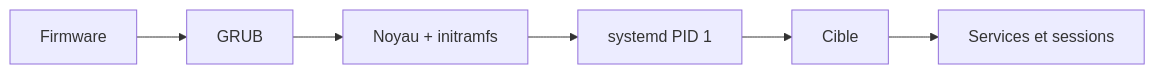
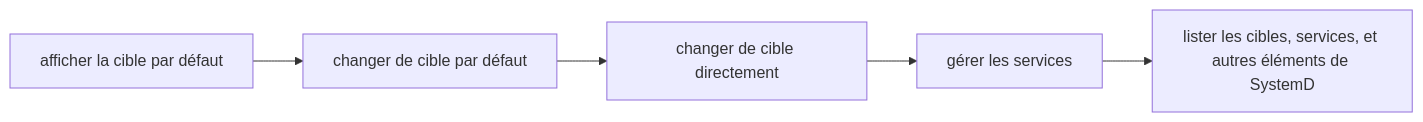
One commit to sk34pk25/tssr-cours changed the fourth of 5 diagrams in docs/modules/05-administration-debian-gnu-linux/module-03-demarrage-d-une-distribution-debian.md. Above: the diagram before and after it, drawn with Mermaid. The commit also changed other lines of this file and 11 other files, not shown here.

````diff
--- a/docs/modules/05-administration-debian-gnu-linux/module-03-demarrage-d-une-distribution-debian.md
+++ b/docs/modules/05-administration-debian-gnu-linux/module-03-demarrage-d-une-distribution-debian.md
@@ -110,5 +300,12 @@
 ```mermaid
 flowchart LR
- F["Firmware"] --> G["GRUB"] --> K["Noyau + initramfs"] --> S["systemd PID 1"]
- S --> C["Cible"] --> U["Services et sessions"]
+    N1["afficher la cible par défaut"]
+    N2["changer de cible par défaut"]
+    N3["changer de cible directement"]
+    N4["gérer les services"]
+    N5["lister les cibles, services, et autres éléments de SystemD"]
+    N1 --> N2
+    N2 --> N3
+    N3 --> N4
+    N4 --> N5
 ```
````
